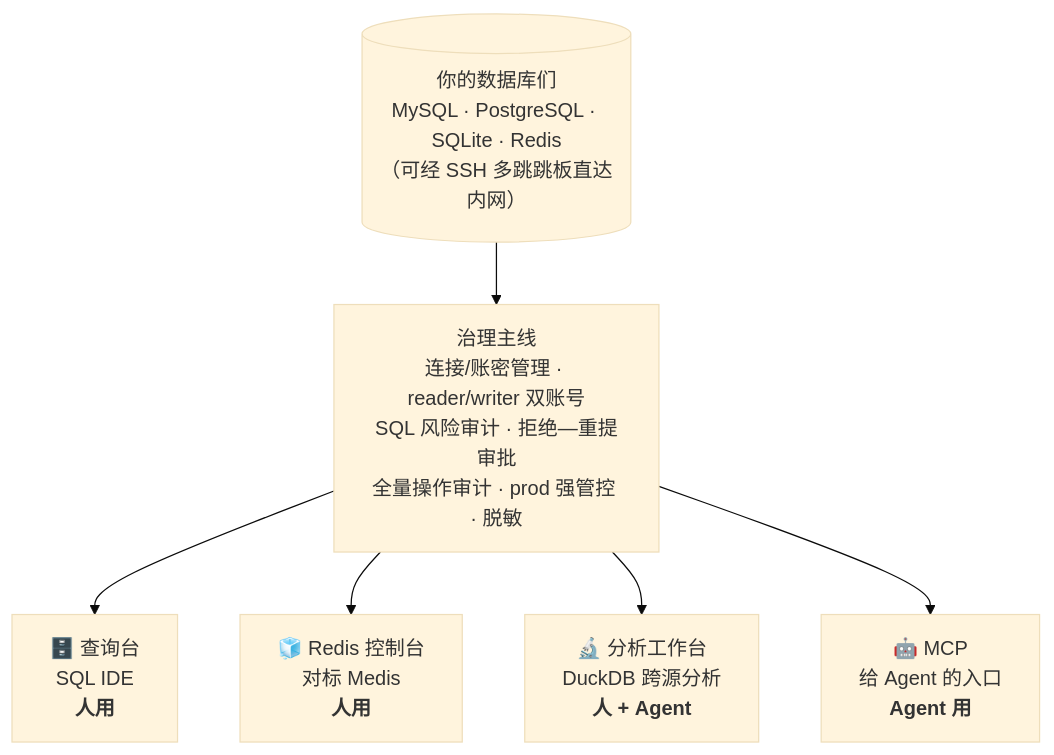
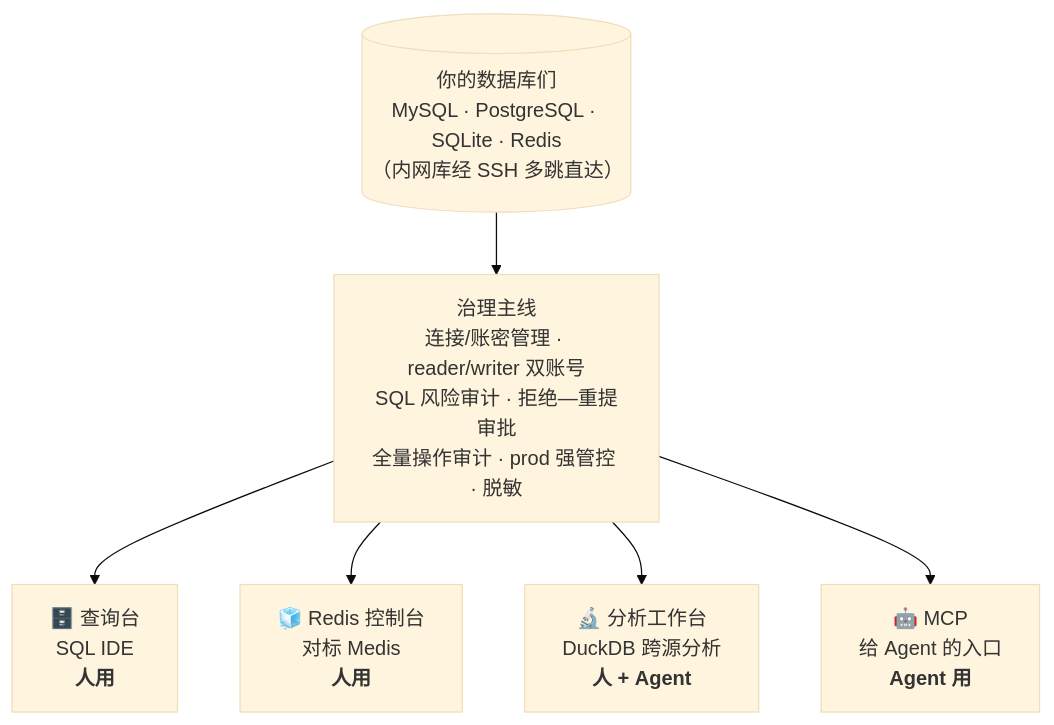
One commit to jianxinliu/Quay changed the diagram in README.md. Above: the diagram before and after it, drawn with Mermaid (base theme). The commit also changed other lines of this file and 7 other files, not shown here.

````diff
--- a/README.md
+++ b/README.md
@@ -17,9 +58,9 @@
 ```mermaid
 flowchart TB
-    DB[("你的数据库们<br/>MySQL · PostgreSQL · SQLite · Redis<br/>（可经 SSH 多跳跳板直达内网）")]
+    DB[("你的数据库们<br/>MySQL · PostgreSQL · SQLite · Redis<br/>（内网库经 SSH 多跳直达）")]
     DB --> GOV["治理主线<br/>连接/账密管理 · reader/writer 双账号<br/>SQL 风险审计 · 拒绝—重提审批<br/>全量操作审计 · prod 强管控 · 脱敏"]
     GOV --> T1["🗄️ 查询台<br/>SQL IDE<br/><b>人用</b>"]
     GOV --> T2["🧊 Redis 控制台<br/>对标 Medis<br/><b>人用</b>"]
     GOV --> T3["🔬 分析工作台<br/>DuckDB 跨源分析<br/><b>人 + Agent</b>"]
     GOV --> T4["🤖 MCP<br/>给 Agent 的入口<br/><b>Agent 用</b>"]
 ```
````
